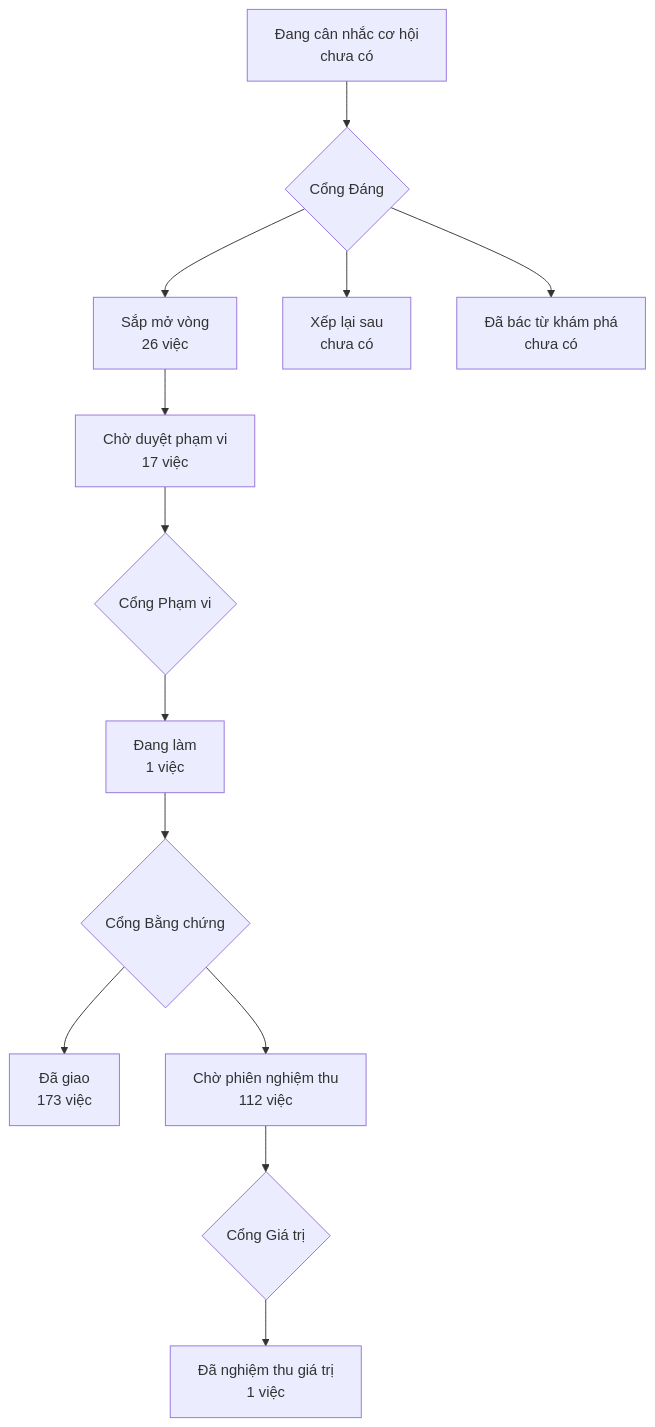
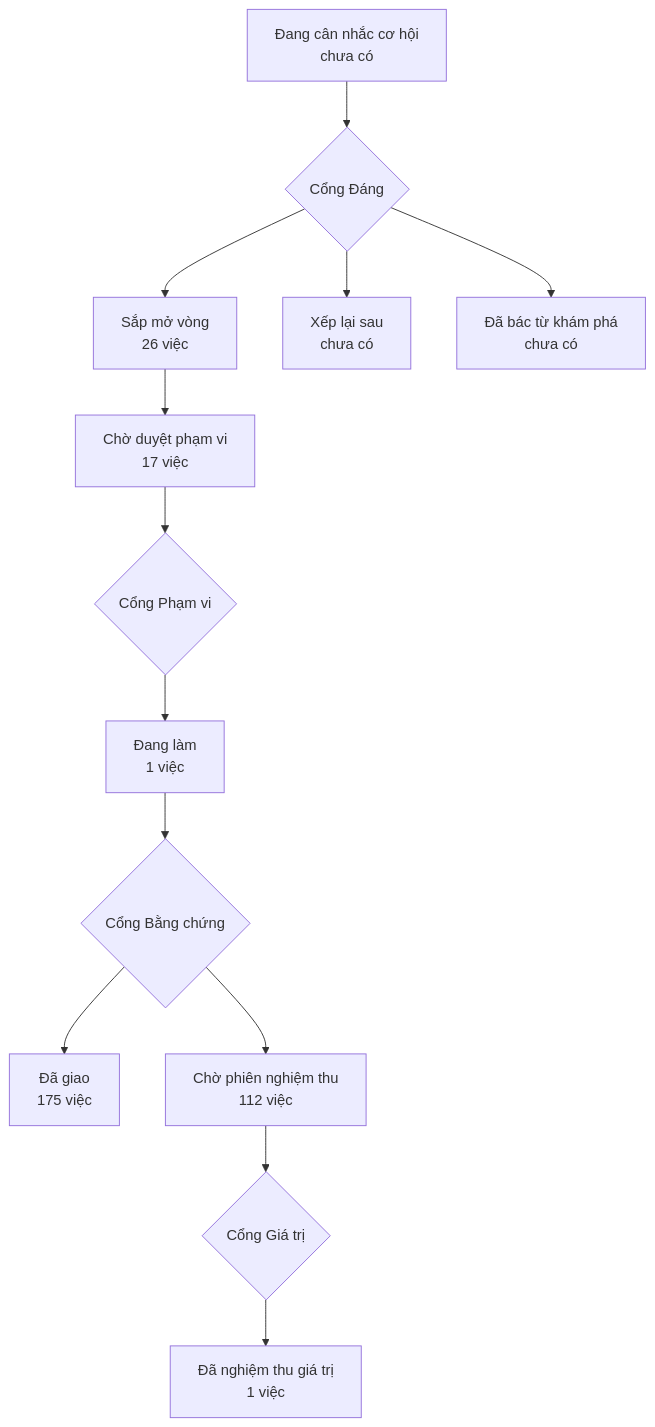
The diagram in PRODUCT-MAP.md (phanlemanh/onehub-invest), drawn with Mermaid before and after one commit. The commit also changed other lines of this file and 1 other file, not shown here.

Commit message:
chore(map): vẽ lại bản đồ

````diff
--- a/PRODUCT-MAP.md
+++ b/PRODUCT-MAP.md
@@ -7,12 +7,12 @@
 ```mermaid
 flowchart TD
   A["Đang cân nhắc cơ hội<br/>chưa có"] --> GD{"Cổng Đáng"}
   GD --> B["Sắp mở vòng<br/>26 việc"]
   GD --> XL["Xếp lại sau<br/>chưa có"]
   GD --> DB["Đã bác từ khám phá<br/>chưa có"]
   B --> CD["Chờ duyệt phạm vi<br/>17 việc"] --> GP{"Cổng Phạm vi"}
   GP --> DL["Đang làm<br/>1 việc"] --> GB{"Cổng Bằng chứng"}
-  GB --> DG["Đã giao<br/>173 việc"]
+  GB --> DG["Đã giao<br/>175 việc"]
   GB --> CN["Chờ phiên nghiệm thu<br/>112 việc"] --> GG{"Cổng Giá trị"}
   GG --> NT["Đã nghiệm thu giá trị<br/>1 việc"]
 ```
````
